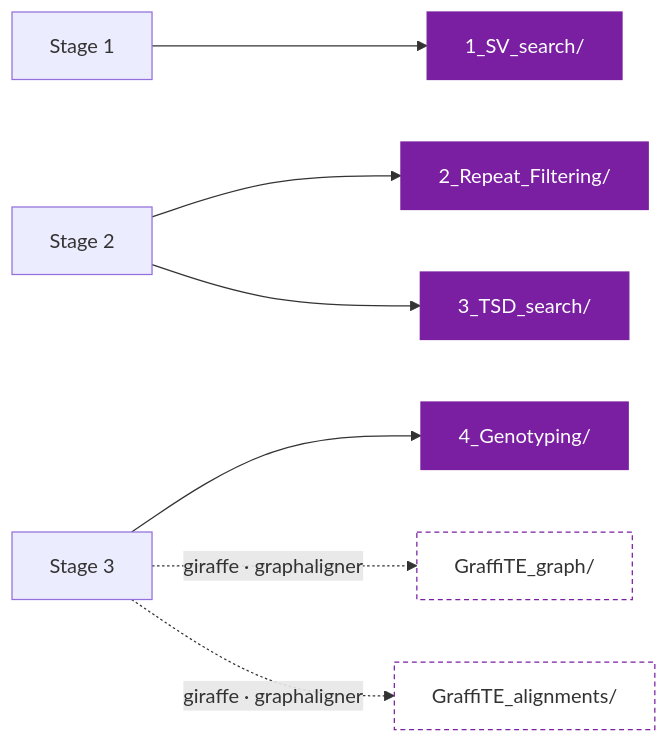
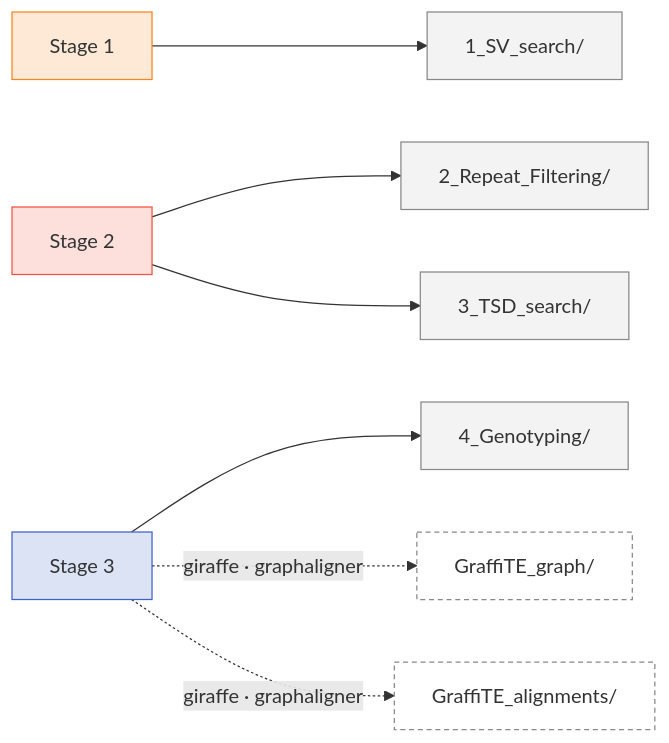
One commit to cgroza/GraffiTE changed the diagram in docs/reference/outputs.md. Above: the diagram before and after it, drawn with Mermaid. The commit also changed 6 other files, not shown here.

````diff
--- a/docs/reference/outputs.md
+++ b/docs/reference/outputs.md
@@ -65,14 +65,20 @@
 ```mermaid
 flowchart LR
     A["Stage 1"] --> D1["1_SV_search/"]
     B["Stage 2"] --> D2["2_Repeat_Filtering/"]
     B --> D3["3_TSD_search/"]
     C["Stage 3"] --> D4["4_Genotyping/"]
     C -.->|"giraffe · graphaligner"| D5["GraffiTE_graph/"]
     C -.->|"giraffe · graphaligner"| D6["GraffiTE_alignments/"]
 
-    classDef always fill:#7a1fa2,stroke:#7a1fa2,color:#fff;
-    classDef maybe fill:none,stroke:#7a1fa2,stroke-dasharray:4 3;
+    classDef s1 fill:#f5851f2e,stroke:#f5851f;
+    classDef s2 fill:#f2523f2e,stroke:#f2523f;
+    classDef s3 fill:#3d63c92e,stroke:#3d63c9;
+    classDef always fill:#8888881a,stroke:#888888;
+    classDef maybe fill:none,stroke:#888888,stroke-dasharray:4 3;
+    class A s1;
+    class B s2;
+    class C s3;
     class D1,D2,D3,D4 always;
     class D5,D6 maybe;
 ```
````
